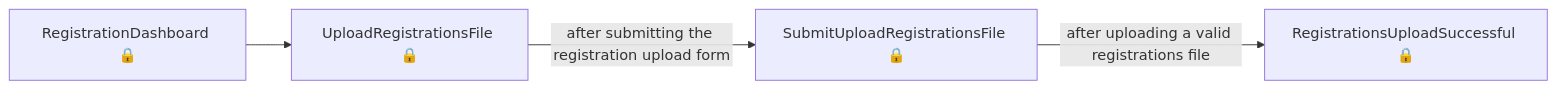
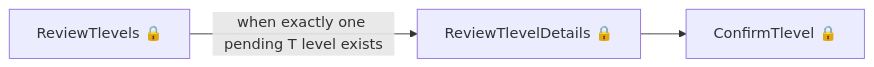
Before and after one commit to talentconsulting/atlas-dfe: the third of 7 diagrams in tl-results-and-certification/user-journeys/user-journeys.md, drawn with Mermaid. The commit also changed other lines of this file and 36 other files, not shown here.

````diff
--- a/tl-results-and-certification/user-journeys/user-journeys.md
+++ b/tl-results-and-certification/user-journeys/user-journeys.md
@@ -9,6 +52,5 @@
 ```mermaid
 flowchart LR
-  p0["RegistrationDashboard 🔒"] --> p1["UploadRegistrationsFile 🔒"]
-  p1["UploadRegistrationsFile 🔒"] -->|"after submitting the registration upload form"| p2["SubmitUploadRegistrationsFile 🔒"]
-  p2["SubmitUploadRegistrationsFile 🔒"] -->|"after uploading a valid registrations file"| p3["RegistrationsUploadSuccessful 🔒"]
+  p0["ReviewTlevels 🔒"] -->|"when exactly one pending T level exists"| p1["ReviewTlevelDetails 🔒"]
+  p1["ReviewTlevelDetails 🔒"] --> p2["ConfirmTlevel 🔒"]
 ```
````
